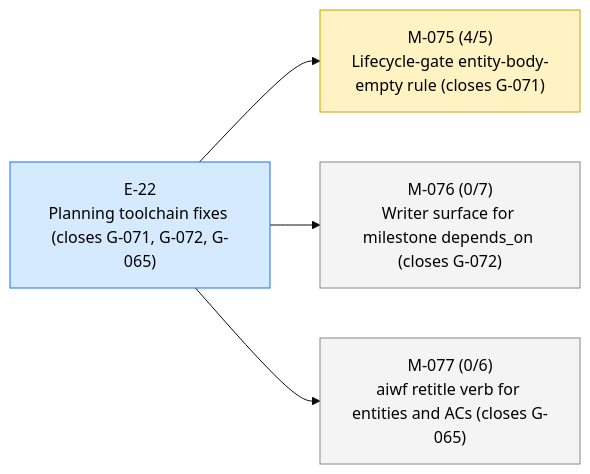
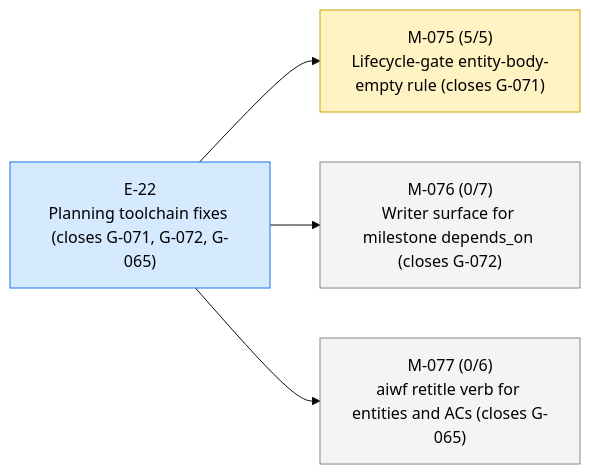
The first of 3 diagrams in STATUS.md (23min/aiwf), drawn with Mermaid (base theme) before and after one commit. The commit also changed other lines of this file and 1 other file, not shown here.

````diff
--- a/STATUS.md
+++ b/STATUS.md
@@ -13,16 +13,16 @@
 ```mermaid
 flowchart LR
   E_22["E-22<br/>Planning toolchain fixes (closes G-071, G-072, G-065)"]:::epic_active
-  M_075["M-075 (4/5)<br/>Lifecycle-gate entity-body-empty rule (closes G-071)"]:::ms_in_progress
+  M_075["M-075 (5/5)<br/>Lifecycle-gate entity-body-empty rule (closes G-071)"]:::ms_in_progress
   E_22 --> M_075
   M_076["M-076 (0/7)<br/>Writer surface for milestone depends_on (closes G-072)"]:::ms_draft
   E_22 --> M_076
   M_077["M-077 (0/6)<br/>aiwf retitle verb for entities and ACs (closes G-065)"]:::ms_draft
   E_22 --> M_077
   classDef epic_active fill:#d6eaff,stroke:#1a73e8,color:#000
   classDef epic_proposed fill:#f4f4f4,stroke:#888,color:#000
   classDef ms_done fill:#d8f5d8,stroke:#2a8a2a,color:#000
   classDef ms_in_progress fill:#fff3c4,stroke:#caa400,color:#000
   classDef ms_draft fill:#f4f4f4,stroke:#888,color:#000
   classDef ms_cancelled fill:#fbeaea,stroke:#c33,color:#000
 ```
````
